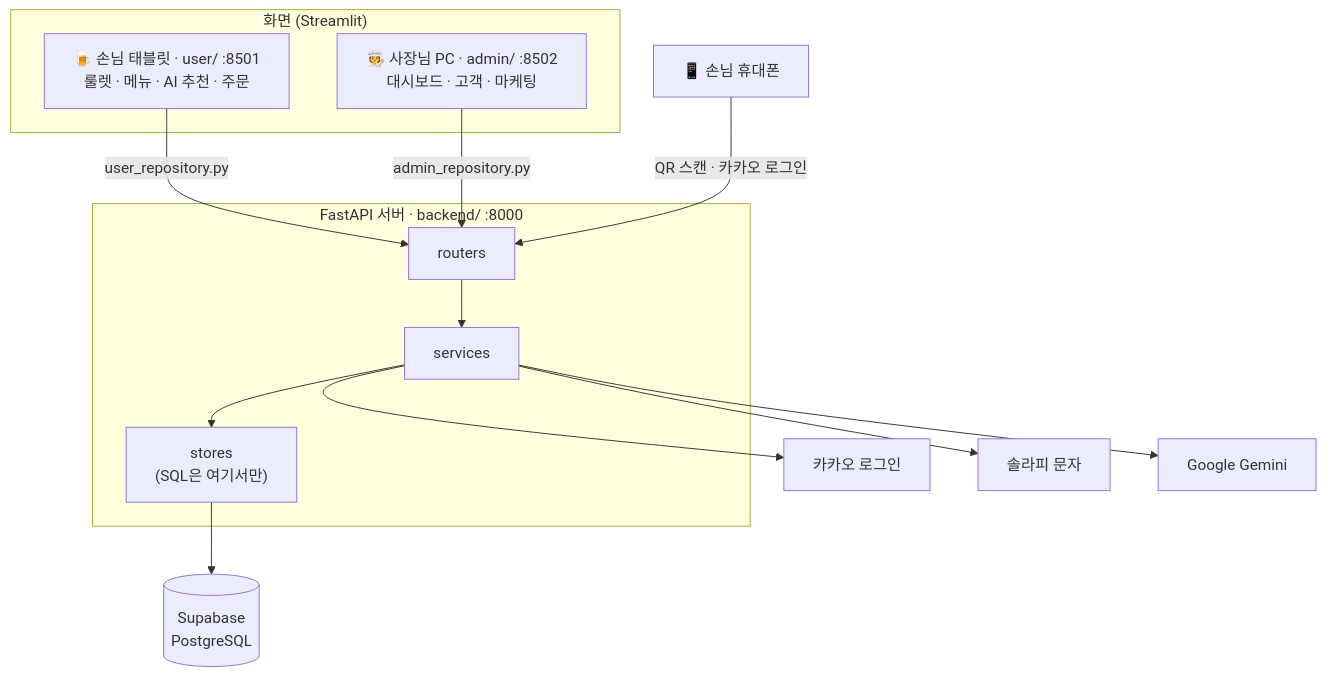
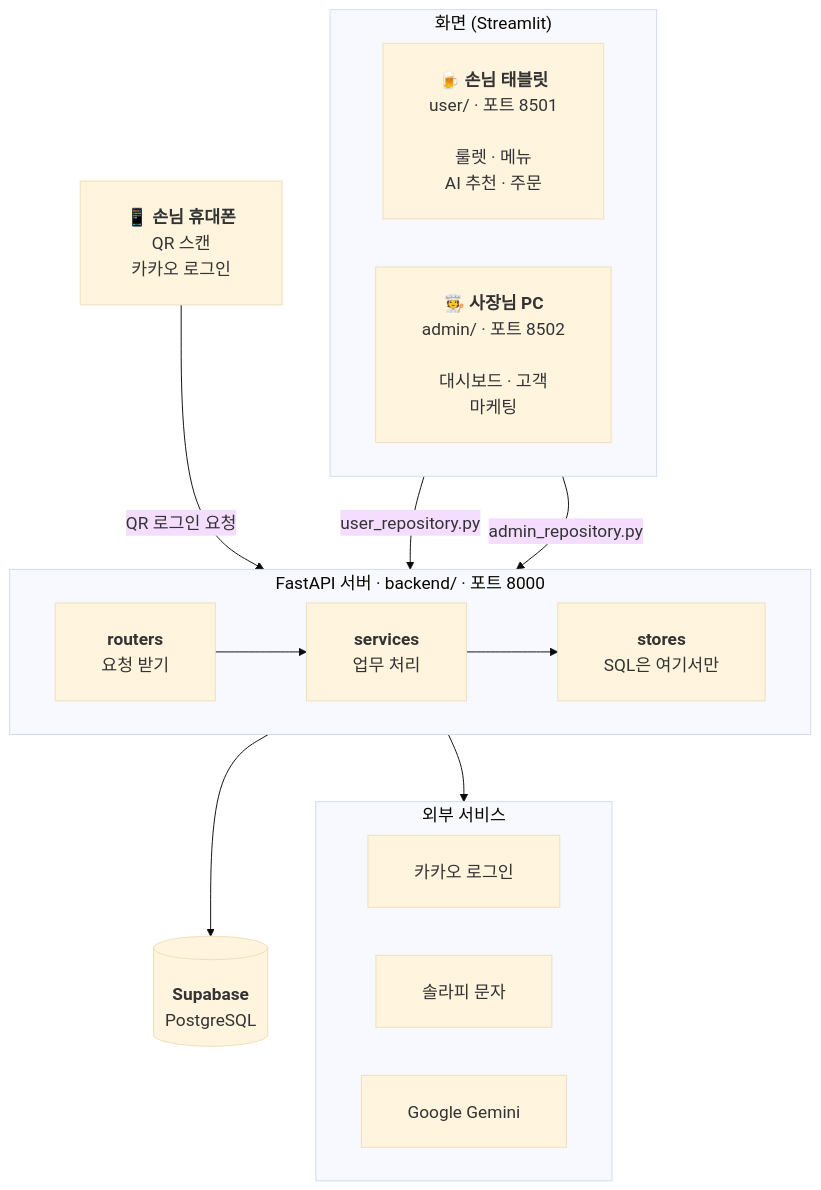
Before and after one commit to aio-03-p1-team1/table-order: the diagram in README.md, drawn with Mermaid.

Commit message:
docs: 시스템 아키텍처 순서도 글자 잘림 수정
노드 라벨 줄바꿈·좌우 여백·간격·글자 크기를 키워 글자가 잘리지 않게 하고,
외부 서비스(카카오·솔라피·Gemini)를 하나의 묶음으로 모아 화살표가 겹치지 않게 했다.

Claude-Session: https://claude.ai/code/session_01LLyewnyvMTKHBe61WMju29

````diff
--- a/README.md
+++ b/README.md
@@ -163,18 +163,25 @@
 ```mermaid
+%%{init: {"theme": "base", "themeVariables": {"fontSize": "18px"}, "flowchart": {"htmlLabels": true, "nodeSpacing": 50, "rankSpacing": 70, "padding": 24, "wrappingWidth": 360}}}%%
 flowchart TB
-    subgraph Client["화면 (Streamlit)"]
-        U["🍺 손님 태블릿 · user/ :8501<br/>룰렛 · 메뉴 · AI 추천 · 주문"]
-        A["🧑‍🍳 사장님 PC · admin/ :8502<br/>대시보드 · 고객 · 마케팅"]
+    subgraph Client["　화면 (Streamlit)　"]
+        direction LR
+        U["<b>🍺 손님 태블릿</b><br/>user/ · 포트 8501<br/><br/>룰렛 · 메뉴<br/>AI 추천 · 주문　"]
+        A["<b>🧑‍🍳 사장님 PC</b><br/>admin/ · 포트 8502<br/><br/>대시보드 · 고객<br/>마케팅　"]
     end
-    P["📱 손님 휴대폰"]
-    subgraph Server["FastAPI 서버 · backend/ :8000"]
-        R["routers"] --> S["services"] --> ST["stores<br/>(SQL은 여기서만)"]
+    P["<b>📱 손님 휴대폰</b><br/>QR 스캔<br/>카카오 로그인　"]
+    subgraph Server["　FastAPI 서버 · backend/ · 포트 8000　"]
+        direction LR
+        R["<b>routers</b><br/>요청 받기　"] --> S["<b>services</b><br/>업무 처리　"] --> ST["<b>stores</b><br/>SQL은 여기서만　"]
     end
     U -- "user_repository.py" --> R
     A -- "admin_repository.py" --> R
-    P -- "QR 스캔 · 카카오 로그인" --> R
-    ST --> DB[("Supabase<br/>PostgreSQL")]
-    S --> K["카카오 로그인"]
-    S --> SMS["솔라피 문자"]
-    S --> G["Google Gemini"]
+    P -- "QR 로그인 요청" --> R
+    ST --> DB[("<b>Supabase</b><br/>PostgreSQL　")]
+    subgraph Ext["　외부 서비스　"]
+        direction LR
+        K["카카오 로그인　"]
+        SMS["솔라피 문자　"]
+        G["Google Gemini　"]
+    end
+    S --> Ext
 ```
````
